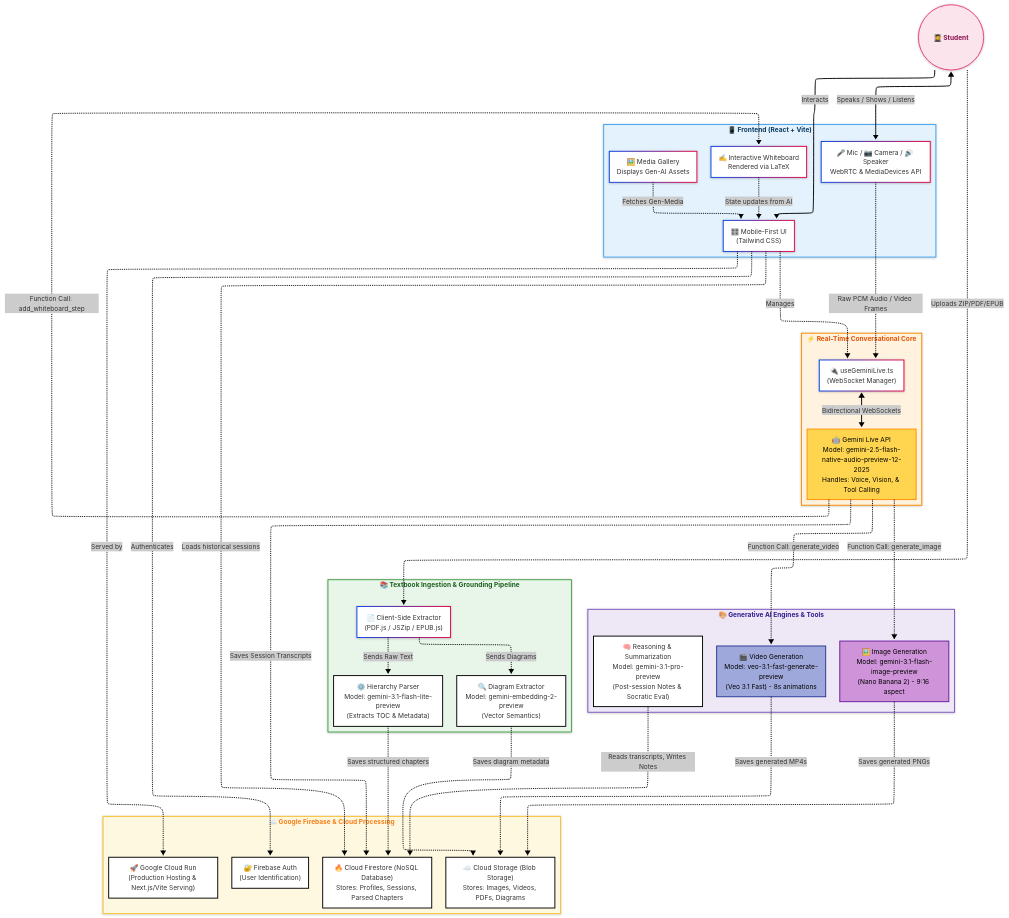
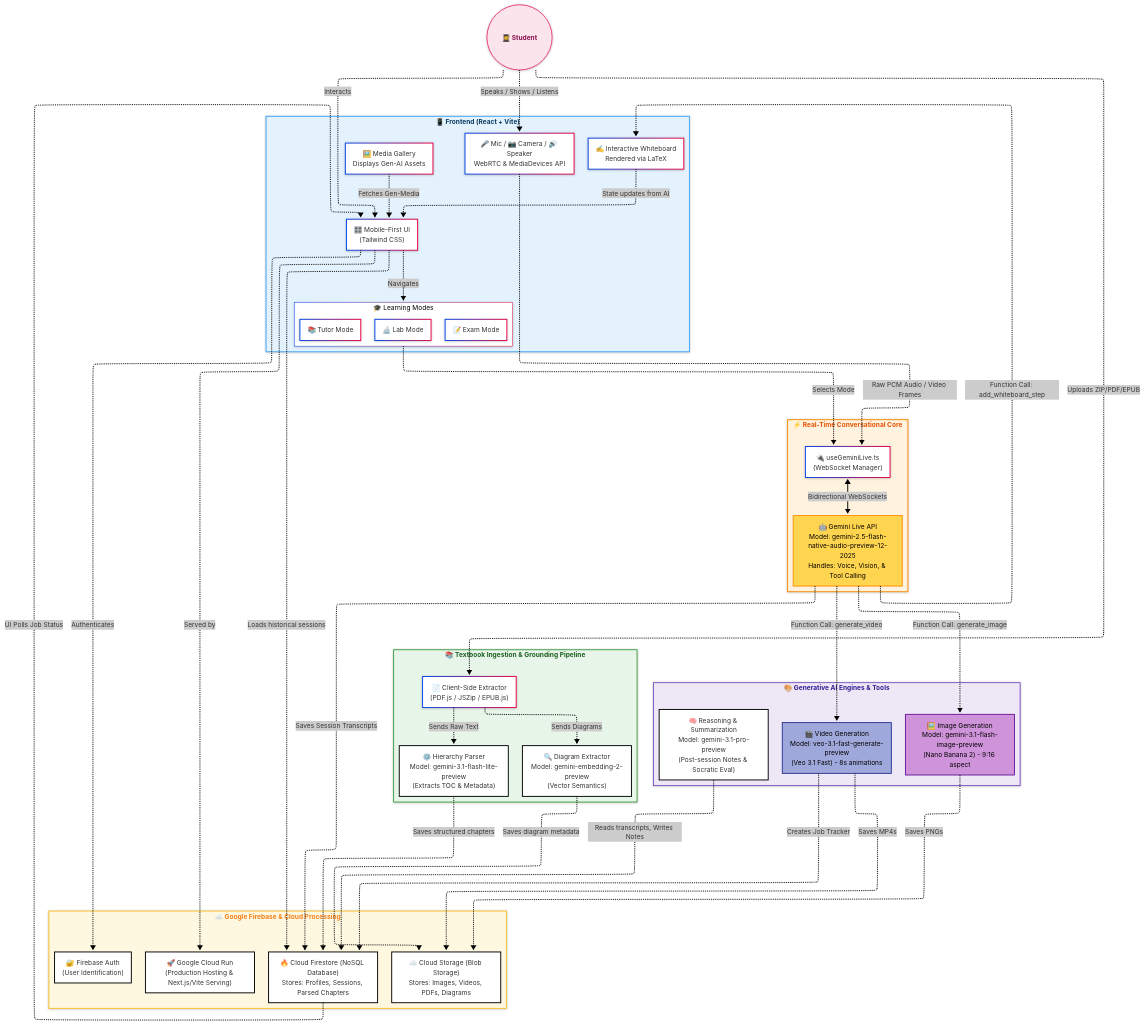
Before and after one commit to pattipativenu/MAMA-AI-live-Agentic-Tutor-: the diagram in README.md, drawn with Mermaid.

Commit message:
docs: Add learning modes and clarify async video flow in diagram

```diff
--- a/README.md
+++ b/README.md
@@ -63,6 +63,12 @@
         AudioVideoIO["🎤 Mic / 📷 Camera / 🔊 Speaker\nWebRTC & MediaDevices API"]
         Whiteboard["✍️ Interactive Whiteboard\nRendered via LaTeX"]
         MediaGallery["🖼️ Media Gallery\nDisplays Gen-AI Assets"]
+        
+        subgraph LearningModes["🎓 Learning Modes"]
+            Lab["🔬 Lab Mode"]
+            Exam["📝 Exam Mode"] 
+            Tutor["📚 Tutor Mode"]
+        end
     end
 
     %% -- REAL-TIME CORE --
@@ -94,11 +100,12 @@
     end
 
     %% -- RELATIONSHIPS & DATA FLOW --
-    User(("👩‍🎓 Student")) <--> |Speaks / Shows / Listens| AudioVideoIO
-    User --> |Interacts| UI
+    User(("👩‍🎓 Student")) -.-> |Speaks / Shows / Listens| AudioVideoIO
+    User -.-> |Interacts| UI
 
     %% Client Operations
-    UI -.-> |Manages| LiveHook
+    UI -.-> |Navigates| LearningModes
+    LearningModes -.-> |Selects Mode| LiveHook
     AudioVideoIO -.-> |Raw PCM Audio / Video Frames| LiveHook
     Whiteboard -.-> |State updates from AI| UI
     MediaGallery -.-> |Fetches Gen-Media| UI
@@ -113,8 +120,10 @@
 
     %% Processing & Storage
     LiveModel -.-> |Saves Session Transcripts| Firestore
-    ImgModel -.-> |Saves generated PNGs| Storage
-    VidModel -.-> |Saves generated MP4s| Storage
+    ImgModel -.-> |Saves PNGs| Storage
+    VidModel -.-> |Saves MP4s| Storage
+    VidModel -.-> |Creates Job Tracker| Firestore
+    Firestore -.-> |UI Polls Job Status| UI
     ReasoningModel -.-> |Reads transcripts, Writes Notes| Firestore
 
     %% RAG Pipeline Flow
@@ -122,7 +131,7 @@
     PDFExtract -.-> |Sends Raw Text| ParseModel
     PDFExtract -.-> |Sends Diagrams| EmbedModel
     ParseModel -.-> |Saves structured chapters| Firestore
-    EmbedModel -.-> |Saves diagram metadata| Storage 
+    EmbedModel -.-> |Saves diagram metadata| Storage
 
     %% Backend integrations
     UI -.-> |Authenticates| Auth
```
